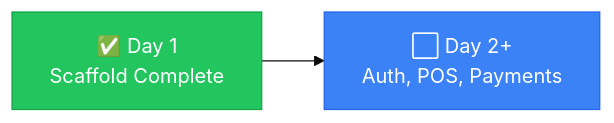
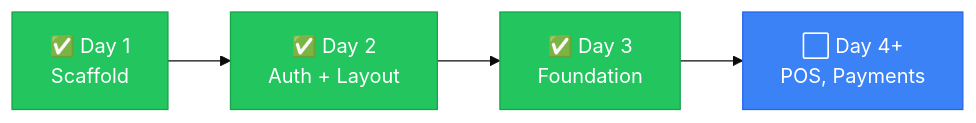
One commit to nij22370/scanpay changed the diagram in docs/ai-collab/HANDOVER.md. Above: the diagram before and after it, drawn with Mermaid (base theme). The commit also changed other lines of this file and 17 other files, not shown here.

Commit message:
feat(foundation): add TanStack Query, Zod schemas, VAT helpers, Nepali date util

````diff
--- a/docs/ai-collab/HANDOVER.md
+++ b/docs/ai-collab/HANDOVER.md
@@ -9,7 +9,11 @@
 ```mermaid
 graph LR
-    DONE["✅ Day 1<br/>Scaffold Complete"] --> TODO["⬜ Day 2+<br/>Auth, POS, Payments"]
+    DONE1["✅ Day 1<br/>Scaffold"] --> DONE2["✅ Day 2<br/>Auth + Layout"]
+    DONE2 --> DONE3["✅ Day 3<br/>Foundation"]
+    DONE3 --> TODO["⬜ Day 4+<br/>POS, Payments"]
 
-    style DONE fill:#22c55e,stroke:#16a34a,color:#fff
+    style DONE1 fill:#22c55e,stroke:#16a34a,color:#fff
+    style DONE2 fill:#22c55e,stroke:#16a34a,color:#fff
+    style DONE3 fill:#22c55e,stroke:#16a34a,color:#fff
     style TODO fill:#3b82f6,stroke:#2563eb,color:#fff
 ```
````
